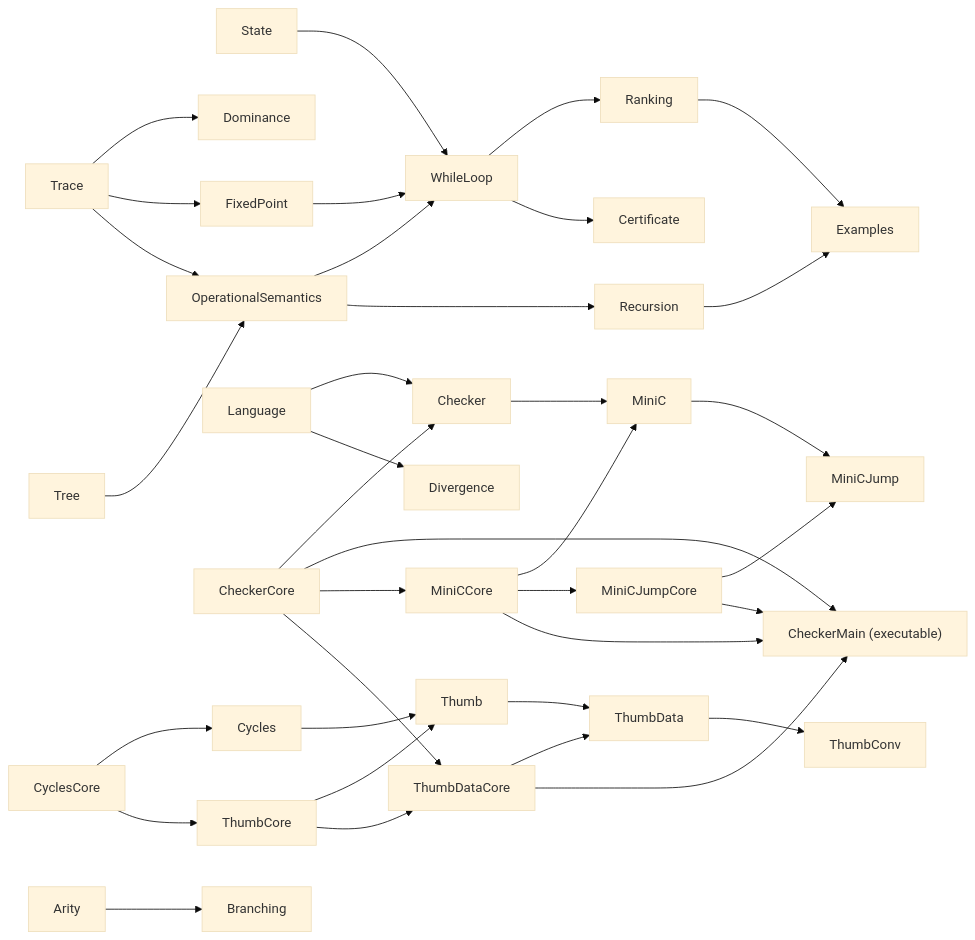
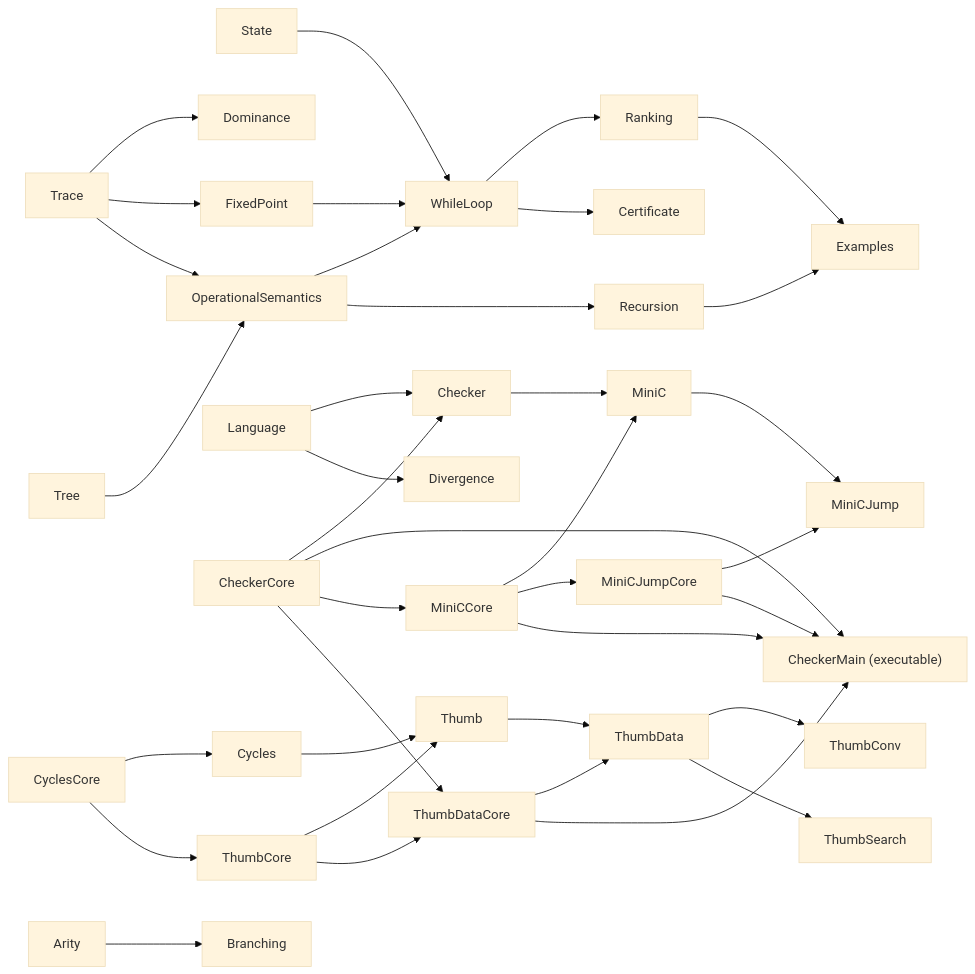
One commit to ldallolio/crosscheck changed the diagram in docs/guide/07-lean.md. Above: the diagram before and after it, drawn with Mermaid (base theme). The commit also changed other lines of this file and 16 other files, not shown here.

````diff
--- a/docs/guide/07-lean.md
+++ b/docs/guide/07-lean.md
@@ -83,38 +83,39 @@
 ```mermaid
 flowchart LR
   State --> WhileLoop
   Trace --> Dominance
   Trace --> FixedPoint
   Trace --> OperationalSemantics
   Tree --> OperationalSemantics
   FixedPoint --> WhileLoop
   OperationalSemantics --> WhileLoop
   OperationalSemantics --> Recursion
   WhileLoop --> Ranking
   WhileLoop --> Certificate
   Ranking --> Examples
   Recursion --> Examples
   Language --> Checker
   CheckerCore --> Checker
   CheckerCore --> CheckerMain["CheckerMain (executable)"]
   CheckerCore --> MiniCCore
   MiniCCore --> MiniC
   Checker --> MiniC
   MiniCCore --> MiniCJumpCore
   MiniCJumpCore --> MiniCJump
   MiniC --> MiniCJump
   MiniCJumpCore --> CheckerMain
   MiniCCore --> CheckerMain
   CyclesCore --> Cycles
   CyclesCore --> ThumbCore
   ThumbCore --> Thumb
   Cycles --> Thumb
   ThumbCore --> ThumbDataCore
   CheckerCore --> ThumbDataCore
   Thumb --> ThumbData
   ThumbDataCore --> ThumbData
   ThumbDataCore --> CheckerMain
   ThumbData --> ThumbConv
+  ThumbData --> ThumbSearch
   Arity --> Branching
   Language --> Divergence
 ```
````
